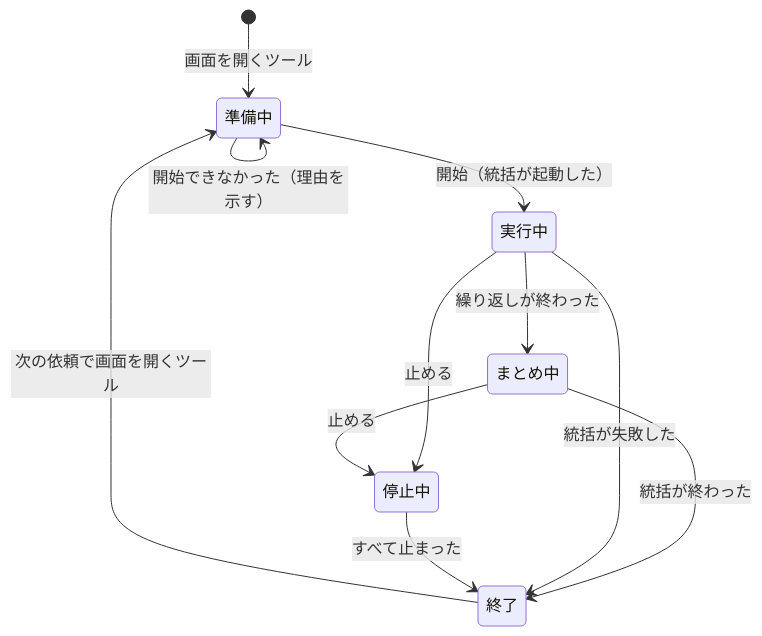
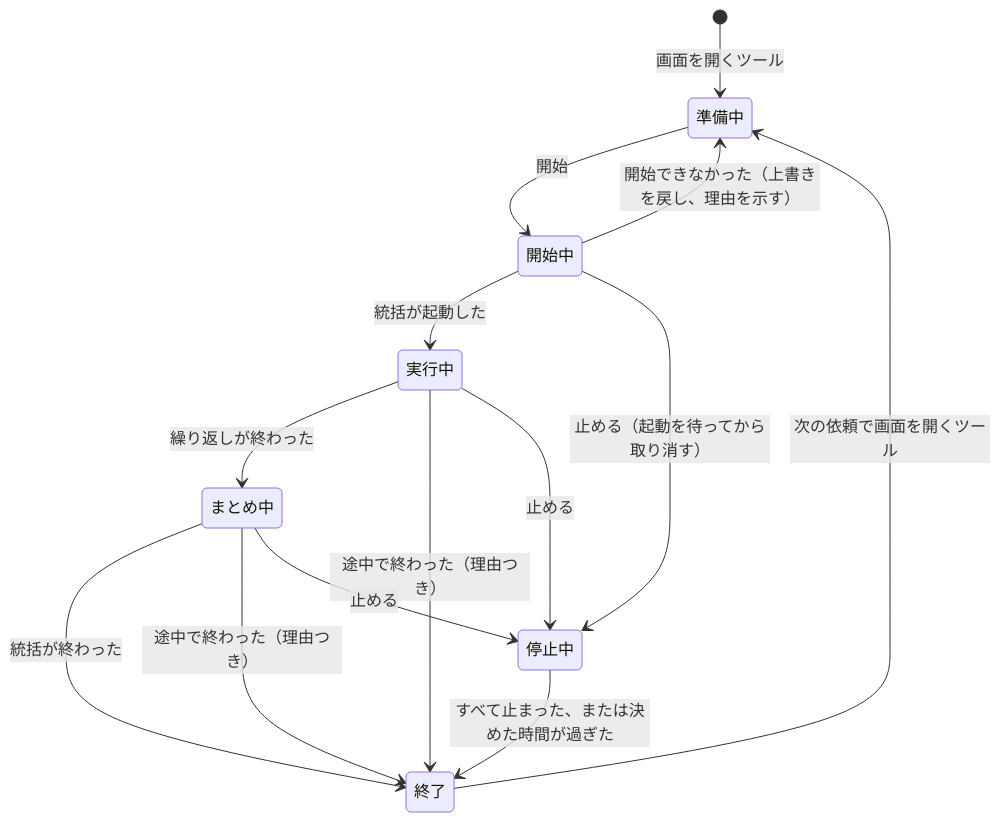
One commit to imaeda-hub/plugin-creater changed the fourth of 4 diagrams in docs/design/generated-plugin-structure.md. Above: the diagram before and after it, drawn with Mermaid. The commit also changed other lines of this file and 2 other files, not shown here.

````diff
--- a/docs/design/generated-plugin-structure.md
+++ b/docs/design/generated-plugin-structure.md
@@ -333,13 +388,16 @@
 ```mermaid
 stateDiagram-v2
   [*] --> 準備中: 画面を開くツール
-  準備中 --> 準備中: 開始できなかった（理由を示す）
-  準備中 --> 実行中: 開始（統括が起動した）
+  準備中 --> 開始中: 開始
+  開始中 --> 準備中: 開始できなかった（上書きを戻し、理由を示す）
+  開始中 --> 実行中: 統括が起動した
+  開始中 --> 停止中: 止める（起動を待ってから取り消す）
   実行中 --> まとめ中: 繰り返しが終わった
   まとめ中 --> 終了: 統括が終わった
-  実行中 --> 終了: 統括が失敗した
+  実行中 --> 終了: 途中で終わった（理由つき）
+  まとめ中 --> 終了: 途中で終わった（理由つき）
   実行中 --> 停止中: 止める
   まとめ中 --> 停止中: 止める
-  停止中 --> 終了: すべて止まった
+  停止中 --> 終了: すべて止まった、または決めた時間が過ぎた
   終了 --> 準備中: 次の依頼で画面を開くツール
 ```
````
